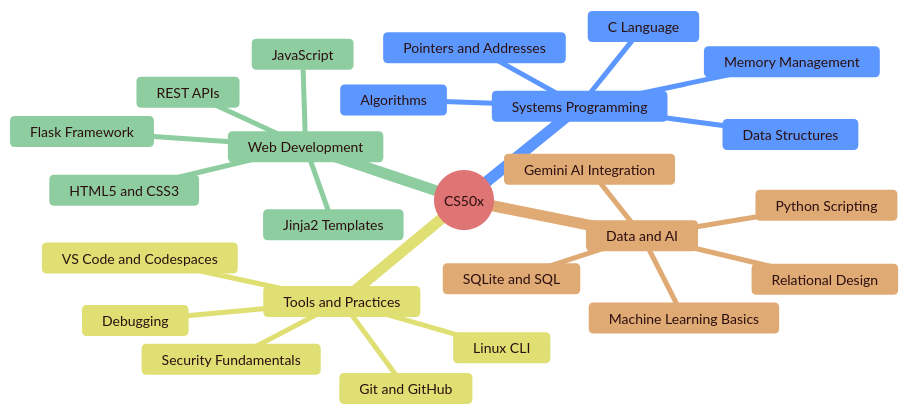
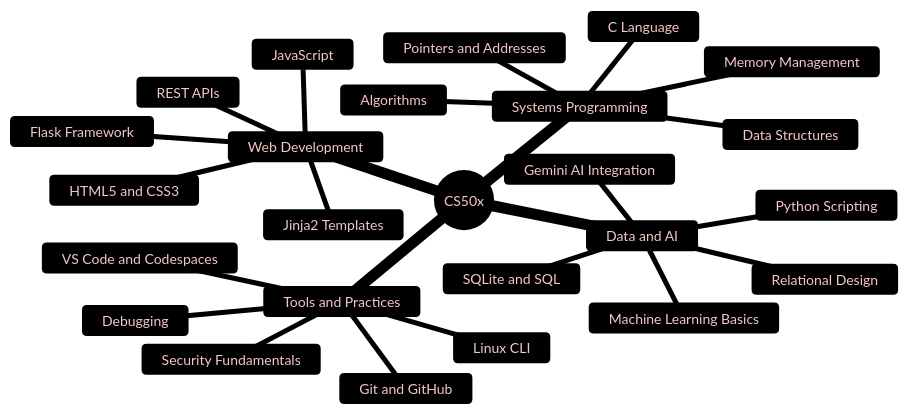
One commit to bavish007/cs50x changed the third of 3 diagrams in README.md. Above: the diagram before and after it, drawn with Mermaid. The commit also changed other lines of this file, not shown here.

Commit message:
Update README.md to simplify architecture diagram, adjust project view, and update skills mindmap colors

````diff
--- a/README.md
+++ b/README.md
@@ -252,39 +245,39 @@
 ```mermaid
 %%{init: {'theme': 'base', 'themeVariables': {
-  'primaryColor': '#f7dcdc',
-  'primaryTextColor': '#2c0f0f',
-  'primaryBorderColor': '#8B0000',
-  'secondaryColor': '#dbe8ff',
-  'secondaryTextColor': '#102b54',
-  'tertiaryColor': '#e6f4ea',
-  'tertiaryTextColor': '#1d3a21',
-  'lineColor': '#8B0000',
+  'primaryColor': '#1a0000',
+  'primaryTextColor': '#f5c6c6',
+  'primaryBorderColor': '#A51C30',
+  'secondaryColor': '#0D1117',
+  'secondaryTextColor': '#C9D1D9',
+  'tertiaryColor': '#1a0a0a',
+  'tertiaryTextColor': '#e8c4c4',
+  'lineColor': '#A51C30',
   'fontSize': '14px'
 }}}%%
 mindmap
   root((CS50x))
     Systems Programming
       C Language
       Memory Management
       Pointers and Addresses
       Data Structures
       Algorithms
     Web Development
       HTML5 and CSS3
       JavaScript
       Flask Framework
       Jinja2 Templates
       REST APIs
     Data and AI
       SQLite and SQL
       Relational Design
       Python Scripting
       Gemini AI Integration
       Machine Learning Basics
     Tools and Practices
       Git and GitHub
       Linux CLI
       VS Code and Codespaces
       Debugging
       Security Fundamentals
 ```
````
